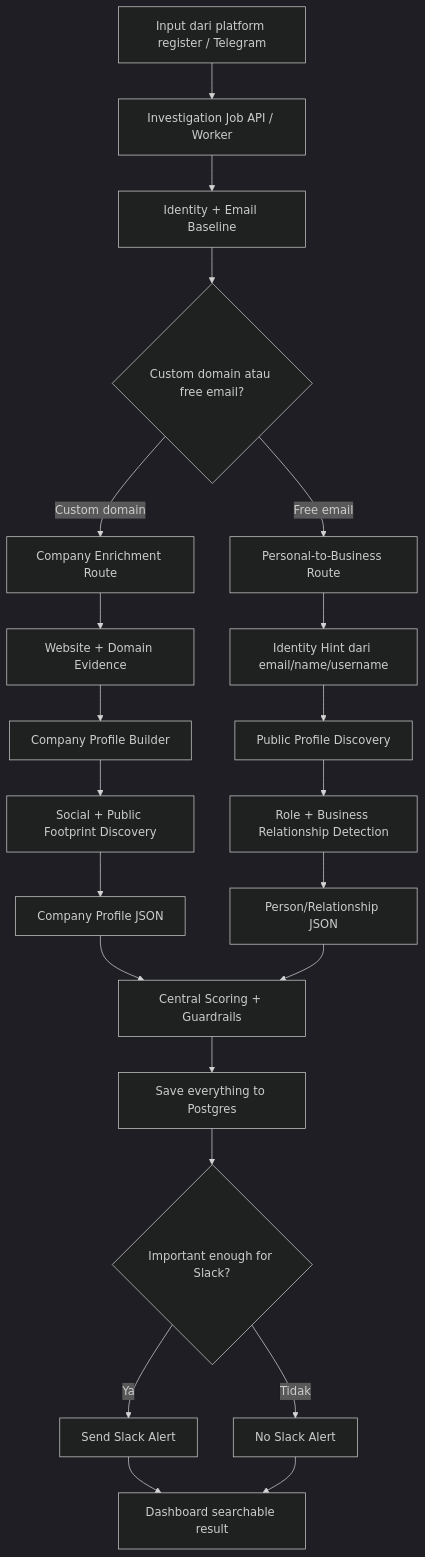
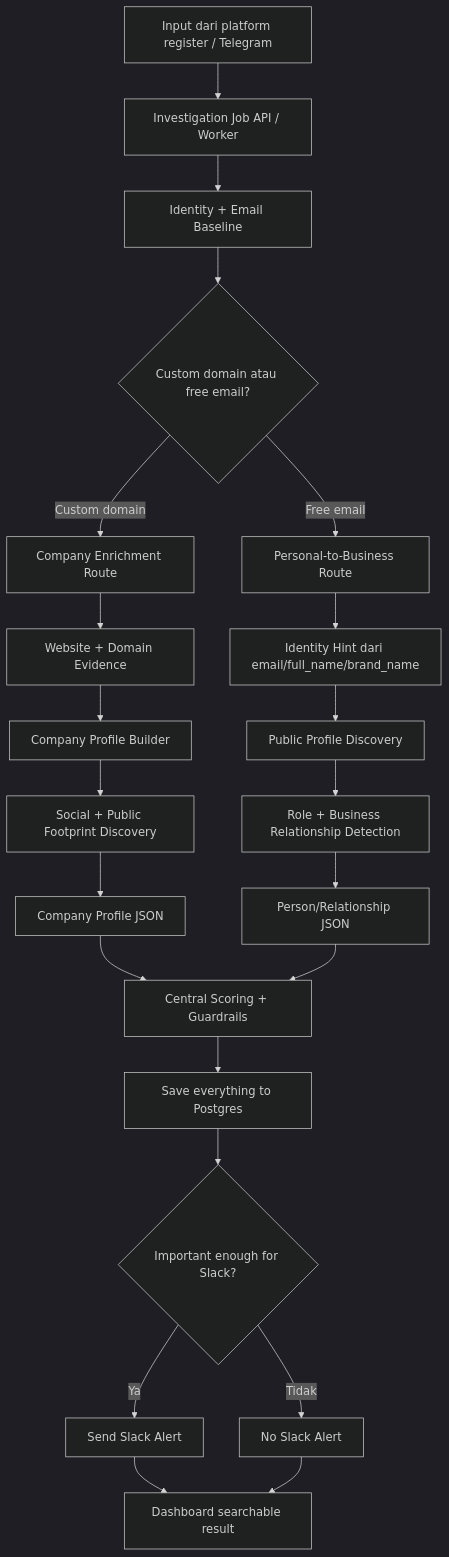
One commit to nunutech40/company-detector-bot changed the third of 4 diagrams in docs/product/HIGH_LEVEL_BUSINESS_FLOW.md. Above: the diagram before and after it, drawn with Mermaid (dark theme). The commit also changed other lines of this file and 18 other files, not shown here.

````diff
--- a/docs/product/HIGH_LEVEL_BUSINESS_FLOW.md
+++ b/docs/product/HIGH_LEVEL_BUSINESS_FLOW.md
@@ -166,28 +166,28 @@
 ```mermaid
 flowchart TD
     A[Input dari platform register / Telegram] --> B[Investigation Job API / Worker]
     B --> C[Identity + Email Baseline]
     C --> D{Custom domain atau free email?}
 
     D -- Custom domain --> E[Company Enrichment Route]
     E --> F[Website + Domain Evidence]
     F --> G[Company Profile Builder]
     G --> H[Social + Public Footprint Discovery]
     H --> I[Company Profile JSON]
 
     D -- Free email --> J[Personal-to-Business Route]
-    J --> K[Identity Hint dari email/name/username]
+    J --> K[Identity Hint dari email/full_name/brand_name]
     K --> L[Public Profile Discovery]
     L --> M[Role + Business Relationship Detection]
     M --> N[Person/Relationship JSON]
 
     I --> O[Central Scoring + Guardrails]
     N --> O
 
     O --> P[Save everything to Postgres]
     P --> Q{Important enough for Slack?}
     Q -- Ya --> R[Send Slack Alert]
     Q -- Tidak --> S[No Slack Alert]
     R --> T[Dashboard searchable result]
     S --> T
 ```
````
